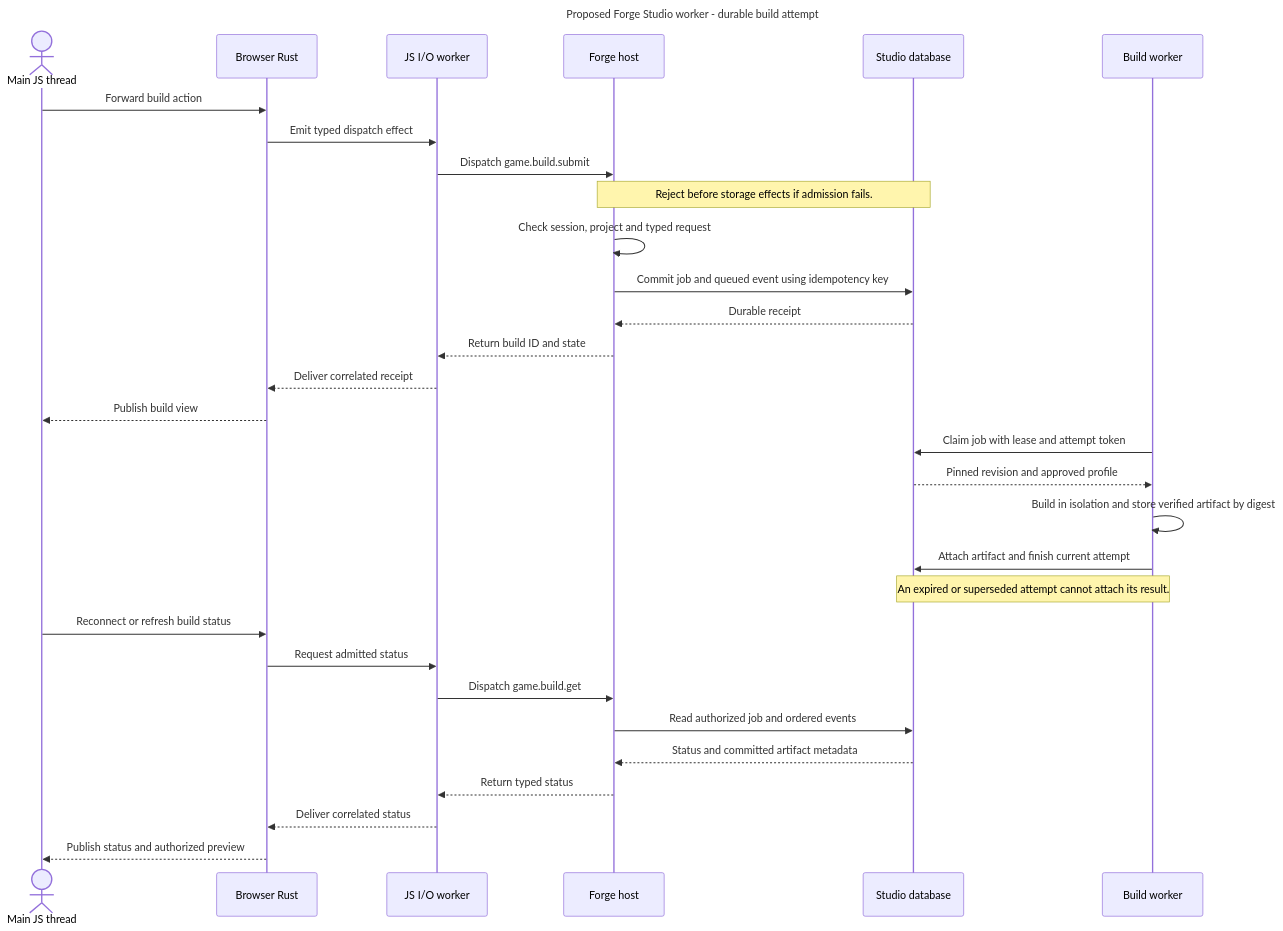
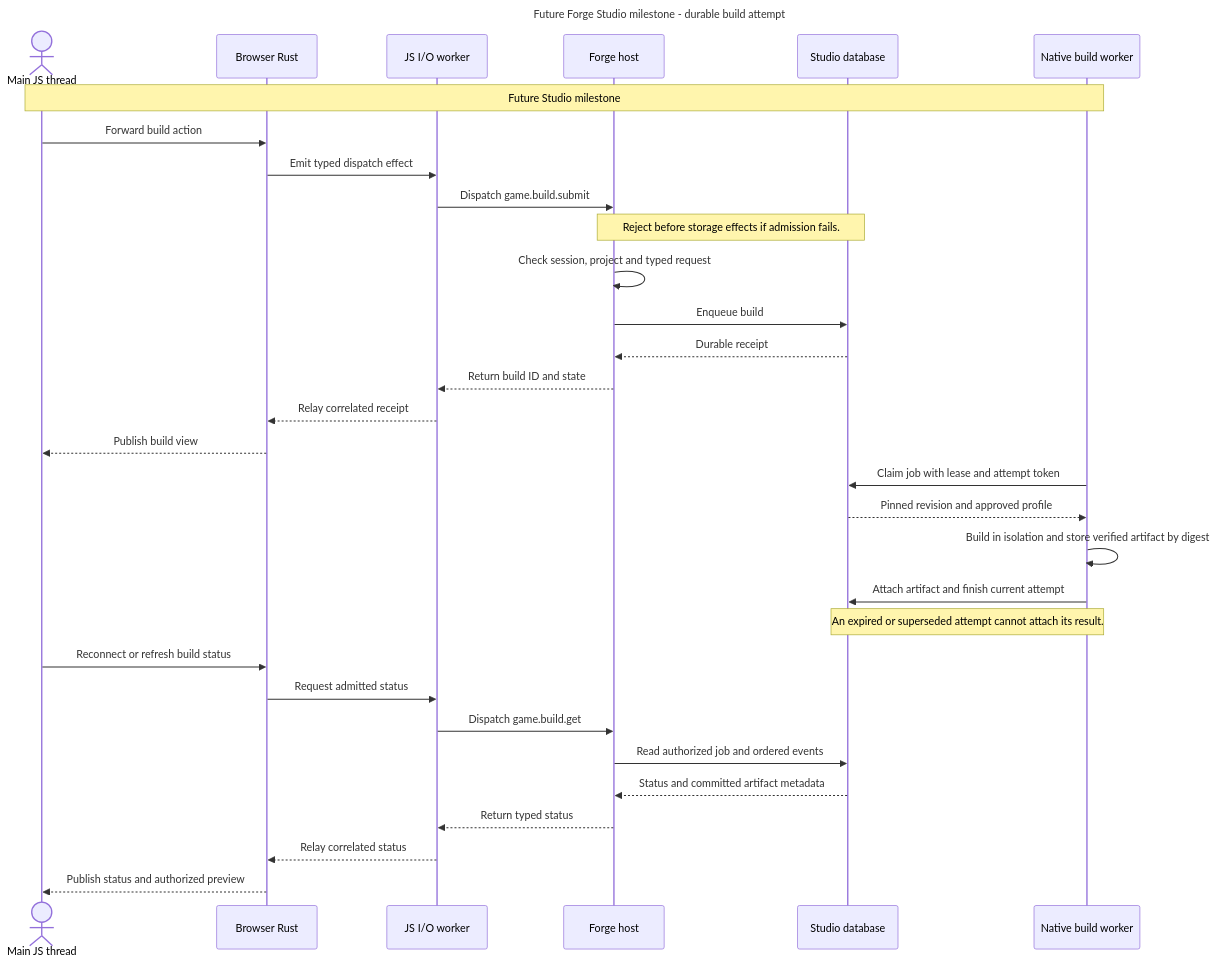
One commit to roachmaster/homelab changed the diagram in docs/architecture/diagrams/mermaid/forge-studio-worker-lease.mmd. Above: the diagram before and after it, drawn with Mermaid. The commit also changed 11 other files, not shown here.

Commit message:
Limit proposed browser workers to I/O and message relay

```diff
--- a/docs/architecture/diagrams/mermaid/forge-studio-worker-lease.mmd
+++ b/docs/architecture/diagrams/mermaid/forge-studio-worker-lease.mmd
@@ -1,33 +1,34 @@
 ---
-title: Proposed Forge Studio worker - durable build attempt
+title: Future Forge Studio milestone - durable build attempt
 ---
 sequenceDiagram
     actor M as Main JS thread
     participant R as Browser Rust
     participant S as JS I/O worker
     participant F as Forge host
     participant D as Studio database
-    participant W as Build worker
+    participant W as Native build worker
+    Note over M,W: Future Studio milestone
     M->>R: Forward build action
     R->>S: Emit typed dispatch effect
     S->>F: Dispatch game.build.submit
     Note over F,D: Reject before storage effects if admission fails.
     F->>F: Check session, project and typed request
-    F->>D: Commit job and queued event using idempotency key
+    F->>D: Enqueue build
     D-->>F: Durable receipt
     F-->>S: Return build ID and state
-    S-->>R: Deliver correlated receipt
+    S-->>R: Relay correlated receipt
     R-->>M: Publish build view
     W->>D: Claim job with lease and attempt token
     D-->>W: Pinned revision and approved profile
     W->>W: Build in isolation and store verified artifact by digest
     W->>D: Attach artifact and finish current attempt
     Note over D,W: An expired or superseded attempt cannot attach its result.
     M->>R: Reconnect or refresh build status
     R->>S: Request admitted status
     S->>F: Dispatch game.build.get
     F->>D: Read authorized job and ordered events
     D-->>F: Status and committed artifact metadata
     F-->>S: Return typed status
-    S-->>R: Deliver correlated status
+    S-->>R: Relay correlated status
     R-->>M: Publish status and authorized preview
```
